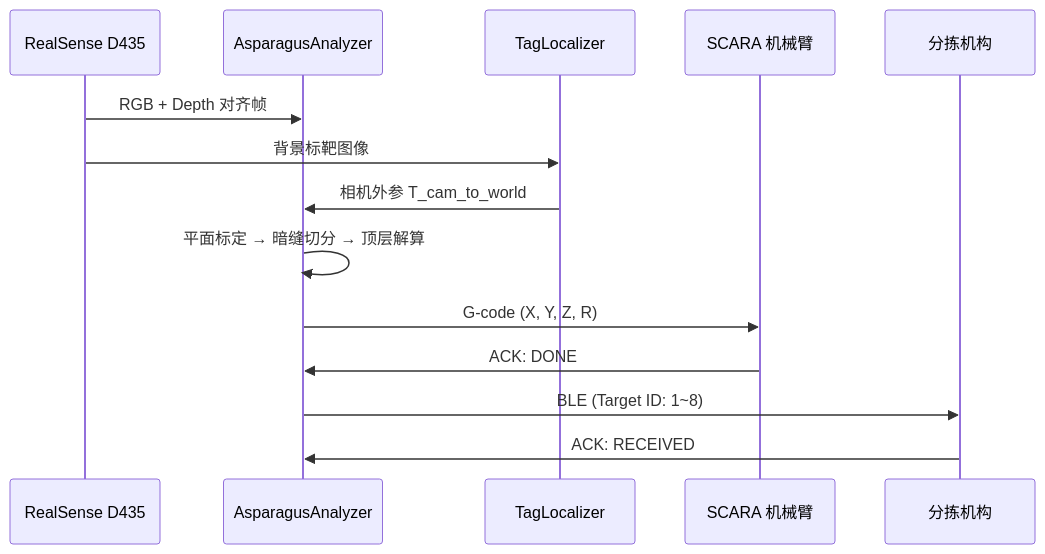
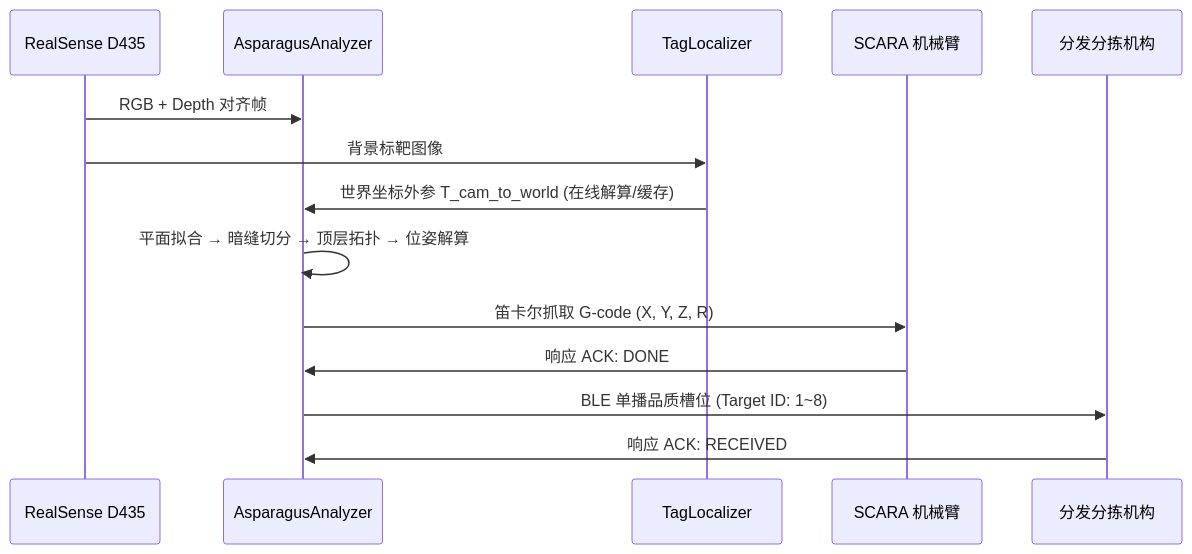
One commit to voicevon/flux_vision_3d changed the second of 2 diagrams in docs/architecture.md. Above: the diagram before and after it, drawn with Mermaid. The commit also changed other lines of this file and 8 other files, not shown here.

````diff
--- a/docs/architecture.md
+++ b/docs/architecture.md
@@ -133,17 +156,17 @@
 ```mermaid
 sequenceDiagram
     participant D435 as RealSense D435
     participant Analyzer as AsparagusAnalyzer
     participant Localizer as TagLocalizer
     participant SCARA as SCARA 机械臂
-    participant Dealer as 分拣机构
+    participant Dealer as 分发分拣机构
 
     D435->>Analyzer: RGB + Depth 对齐帧
     D435->>Localizer: 背景标靶图像
-    Localizer->>Analyzer: 相机外参 T_cam_to_world
-    Analyzer->>Analyzer: 平面标定 → 暗缝切分 → 顶层解算
-    Analyzer->>SCARA: G-code (X, Y, Z, R)
-    SCARA->>Analyzer: ACK: DONE
-    Analyzer->>Dealer: BLE (Target ID: 1~8)
-    Dealer->>Analyzer: ACK: RECEIVED
+    Localizer->>Analyzer: 世界坐标外参 T_cam_to_world (在线解算/缓存)
+    Analyzer->>Analyzer: 平面拟合 → 暗缝切分 → 顶层拓扑 → 位姿解算
+    Analyzer->>SCARA: 笛卡尔抓取 G-code (X, Y, Z, R)
+    SCARA->>Analyzer: 响应 ACK: DONE
+    Analyzer->>Dealer: BLE 单播品质槽位 (Target ID: 1~8)
+    Dealer->>Analyzer: 响应 ACK: RECEIVED
 ```
````
